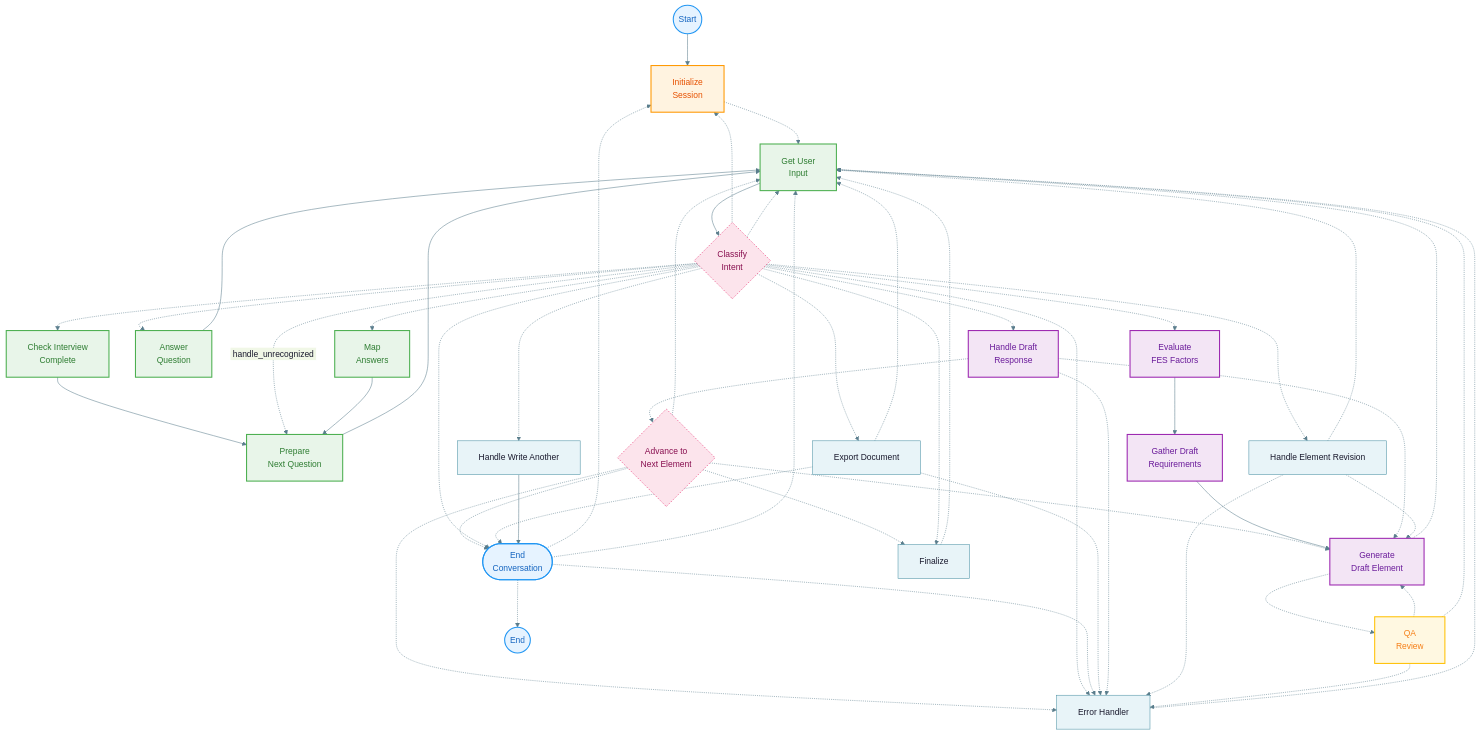
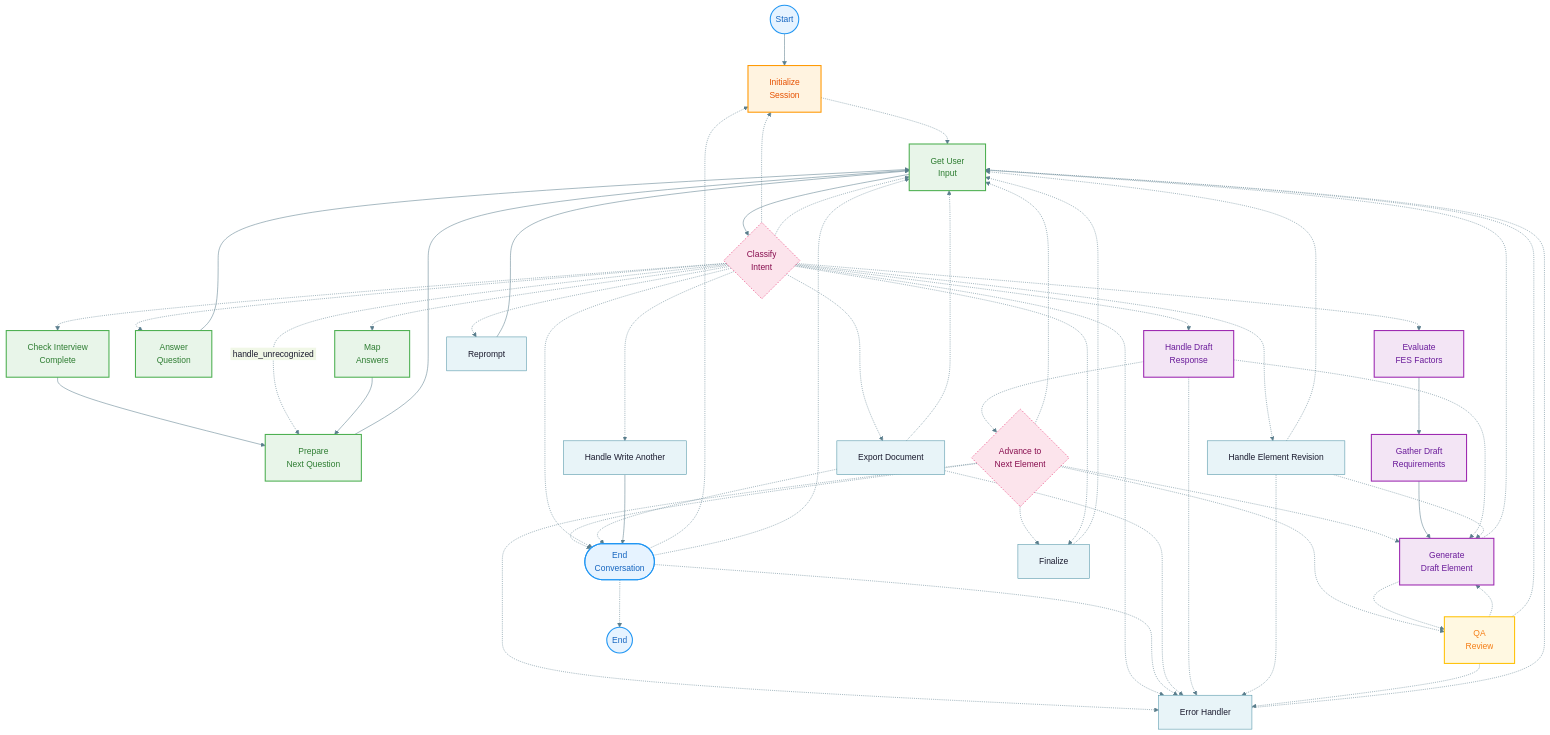
Before and after one commit to LBDavid98/va-pd3r: the diagram in output/graphs/main_graph.mmd, drawn with Mermaid. The commit also changed 44 other files, not shown here.

```diff
--- a/output/graphs/main_graph.mmd
+++ b/output/graphs/main_graph.mmd
@@ -1,116 +1,120 @@
 %%{init: {
   'theme': 'base',
   'themeVariables': {
     'primaryColor': '#e8f4f8',
     'primaryTextColor': '#1a1a2e',
     'primaryBorderColor': '#4a90a4',
     'lineColor': '#5a7d8c',
     'secondaryColor': '#f0f7e6',
     'tertiaryColor': '#fff8e6'
   },
   'flowchart': {
     'curve': 'basis',
     'padding': 20,
     'nodeSpacing': 50,
     'rankSpacing': 60
   }
 }}%%
 graph TD
     __start__((Start))
     init[Initialize<br>Session]
     user_input[Get User<br>Input]
     classify_intent{Classify<br>Intent}
     end_conversation([End<br>Conversation])
     map_answers[Map<br>Answers]
     answer_question[Answer<br>Question]
     prepare_next[Prepare<br>Next Question]
     check_interview_complete[Check Interview<br>Complete]
     evaluate_fes[Evaluate<br>FES Factors]
     gather_requirements[Gather Draft<br>Requirements]
     generate_element[Generate<br>Draft Element]
     qa_review[QA<br>Review]
     handle_draft_response[Handle Draft<br>Response]
     advance_element{Advance to<br>Next Element}
     finalize[Finalize]
     handle_element_revision[Handle Element Revision]
     handle_write_another[Handle Write Another]
     export_document[Export Document]
     error_handler[Error Handler]
+    reprompt[Reprompt]
     __end__((End))
 
     %% Edges
     __start__ --> init
     advance_element -.-> end_conversation
     advance_element -.-> error_handler
     advance_element -.-> finalize
     advance_element -.-> generate_element
+    advance_element -.-> qa_review
     advance_element -.-> user_input
     answer_question --> user_input
     check_interview_complete --> prepare_next
     classify_intent -.-> answer_question
     classify_intent -.-> check_interview_complete
     classify_intent -.-> end_conversation
     classify_intent -.-> error_handler
     classify_intent -.-> evaluate_fes
     classify_intent -.-> export_document
     classify_intent -.-> finalize
     classify_intent -.-> handle_draft_response
     classify_intent -.-> handle_element_revision
     classify_intent -.-> handle_write_another
     classify_intent -.-> init
     classify_intent -.-> map_answers
     classify_intent -. &nbsp;handle_unrecognized&nbsp; .-> prepare_next
+    classify_intent -.-> reprompt
     classify_intent -.-> user_input
     end_conversation -.-> __end__
     end_conversation -.-> error_handler
     end_conversation -.-> init
     end_conversation -.-> user_input
     error_handler -.-> user_input
     evaluate_fes --> gather_requirements
     export_document -.-> end_conversation
     export_document -.-> error_handler
     export_document -.-> user_input
     finalize -.-> user_input
     gather_requirements --> generate_element
     generate_element -.-> qa_review
     generate_element -.-> user_input
     handle_draft_response -.-> advance_element
     handle_draft_response -.-> error_handler
     handle_draft_response -.-> generate_element
     handle_element_revision -.-> error_handler
     handle_element_revision -.-> generate_element
     handle_element_revision -.-> user_input
     handle_write_another --> end_conversation
     init -.-> user_input
     map_answers --> prepare_next
     prepare_next --> user_input
     qa_review -.-> error_handler
     qa_review -.-> generate_element
     qa_review -.-> user_input
+    reprompt --> user_input
     user_input --> classify_intent
 
     %% Styles
 %% Phase styles
     classDef startEnd fill:#e6f3ff,stroke:#2196F3,stroke-width:2px,color:#1565C0
     classDef init fill:#fff3e0,stroke:#FF9800,stroke-width:2px,color:#E65100
     classDef interview fill:#e8f5e9,stroke:#4CAF50,stroke-width:2px,color:#2E7D32
     classDef drafting fill:#f3e5f5,stroke:#9C27B0,stroke-width:2px,color:#6A1B9A
     classDef qa fill:#fff8e1,stroke:#FFC107,stroke-width:2px,color:#F57F17
     classDef routing fill:#fce4ec,stroke:#E91E63,stroke-width:1px,color:#880E4F,stroke-dasharray:3
 
+    class user_input interview
+    class prepare_next interview
+    class init init
+    class map_answers interview
+    class qa_review qa
+    class advance_element routing
+    class answer_question interview
+    class evaluate_fes drafting
+    class classify_intent routing
+    class gather_requirements drafting
+    class __start__ startEnd
     class end_conversation startEnd
-    class user_input interview
-    class qa_review qa
+    class __end__ startEnd
     class check_interview_complete interview
-    class __start__ startEnd
-    class map_answers interview
-    class prepare_next interview
-    class __end__ startEnd
-    class advance_element routing
-    class evaluate_fes drafting
     class handle_draft_response drafting
-    class init init
-    class gather_requirements drafting
-    class answer_question interview
     class generate_element drafting
-    class classify_intent routing
```
